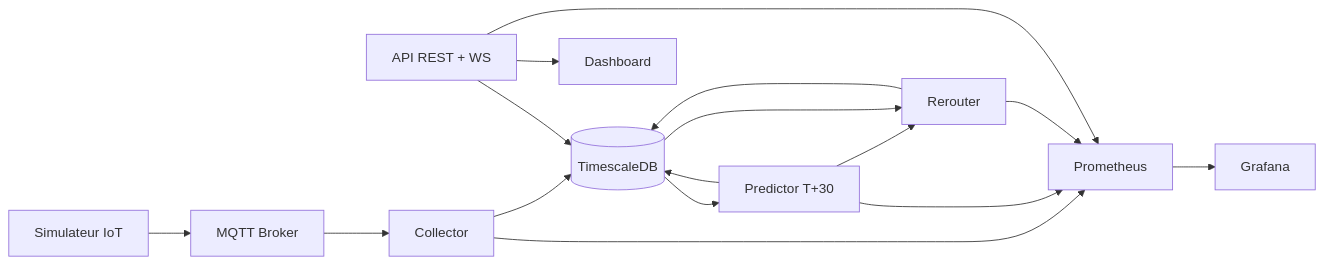
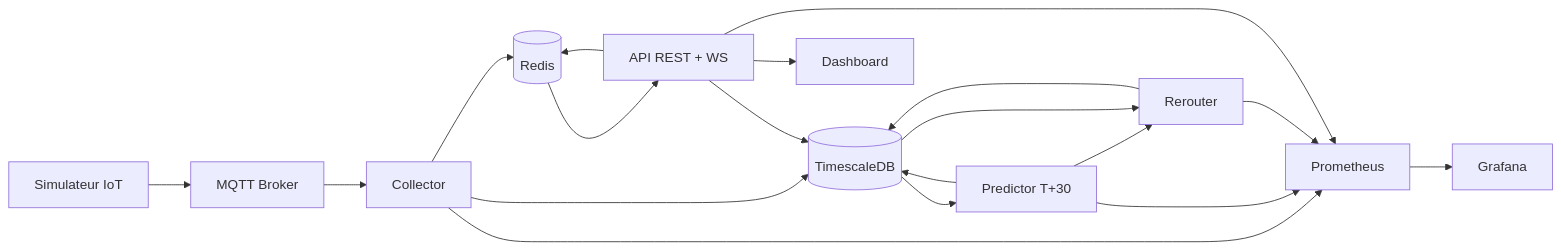
The diagram in README.md (2zrhun/City-flow), drawn with Mermaid before and after one commit. The commit also changed other lines of this file and 1 other file, not shown here.

Commit message:
docs: update README with full API docs

````diff
--- a/README.md
+++ b/README.md
@@ -88,18 +90,21 @@
 ```mermaid
 flowchart LR
   SIM[Simulateur IoT] --> MQTT[MQTT Broker]
   MQTT --> COL[Collector]
   COL --> TSDB[(TimescaleDB)]
+  COL --> REDIS[(Redis)]
   TSDB --> PRED[Predictor T+30]
   PRED --> TSDB
   PRED --> RER[Rerouter]
   TSDB --> RER
   RER --> TSDB
   API[API REST + WS] --> TSDB
+  API --> REDIS
+  REDIS --> API
   API --> DASH[Dashboard]
   COL --> PROM[Prometheus]
   PRED --> PROM
   RER --> PROM
   API --> PROM
   PROM --> GRAF[Grafana]
 ```
````
